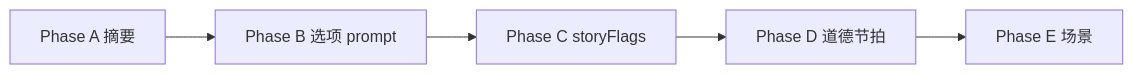
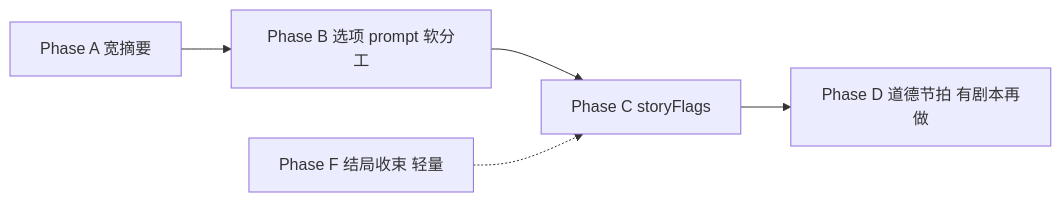
The diagram in docs/PLAN-narrative-next.md (jk9988610/Points-of-mess), drawn with Mermaid before and after one commit. The commit also changed other lines of this file, not shown here.

````diff
--- a/docs/PLAN-narrative-next.md
+++ b/docs/PLAN-narrative-next.md
@@ -143,7 +49,7 @@
 ```mermaid
 flowchart LR
-  A[Phase A 摘要] --> B[Phase B 选项 prompt]
+  A[Phase A 宽摘要] --> B[Phase B 选项 prompt 软分工]
   B --> C[Phase C storyFlags]
-  C --> D[Phase D 道德节拍]
-  D --> E[Phase E 场景]
+  C --> D[Phase D 道德节拍 有剧本再做]
+  F[Phase F 结局收束 轻量] -.-> C
 ```
````
